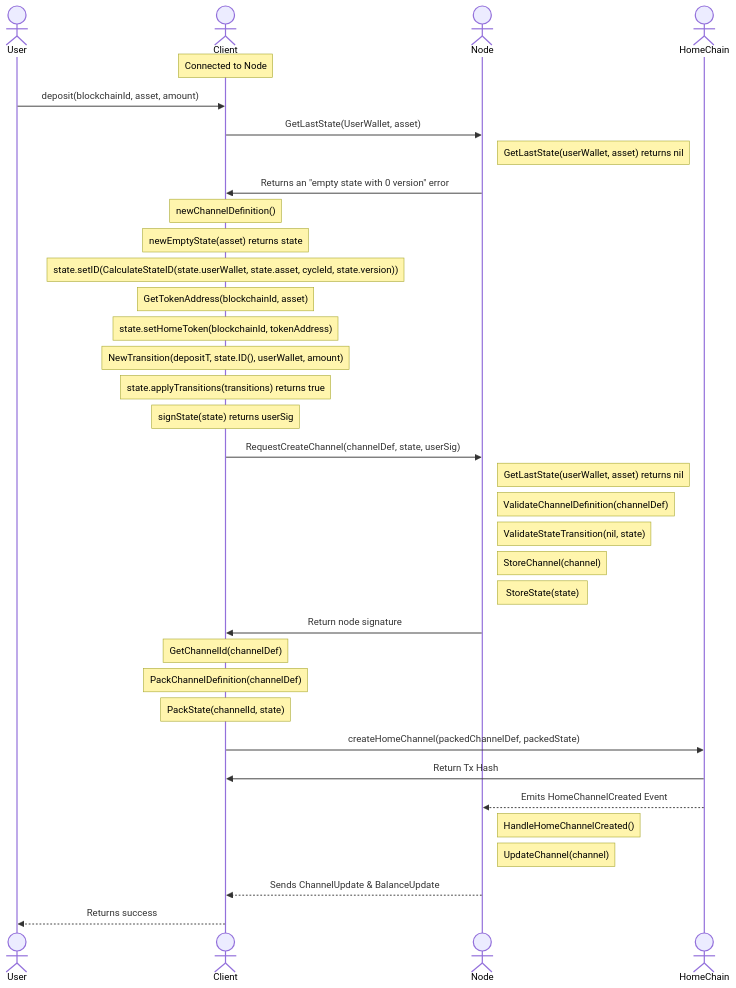
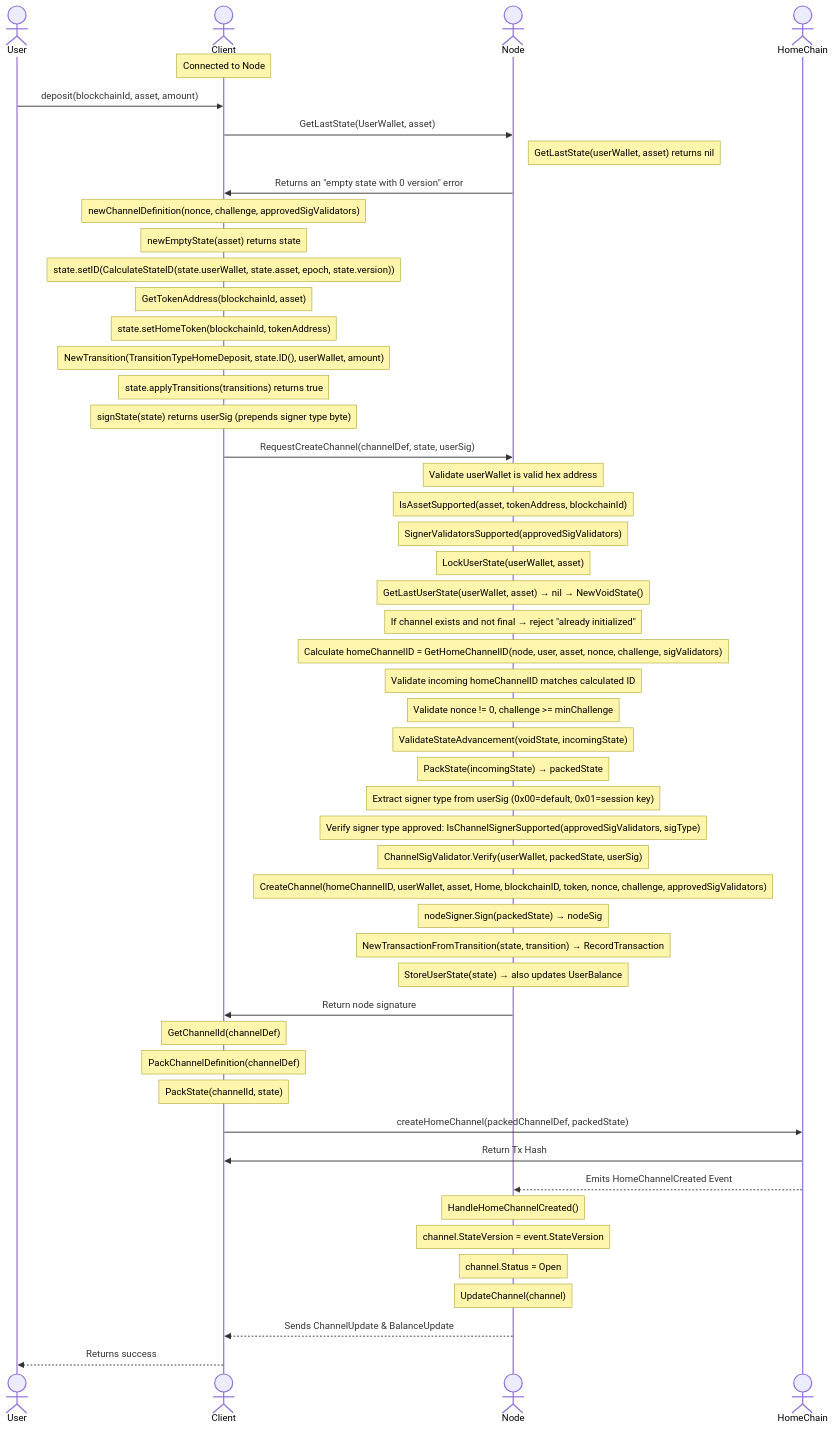
Before and after one commit to erc7824/nitrolite: the diagram in docs/communication_flows/home_chan_creation_from_scratch.mmd, drawn with Mermaid. The commit also changed other lines of this file and 9 other files, not shown here.

First line of the commit message:
YNU-829: Update Data Models and Communication Flows diagrams (#616)

```diff
--- a/docs/communication_flows/home_chan_creation_from_scratch.mmd
+++ b/docs/communication_flows/home_chan_creation_from_scratch.mmd
@@ -1,35 +1,51 @@
 sequenceDiagram
         actor User
         actor Client
         actor Node
         actor HomeChain
         Note over Client: Connected to Node
         User->>Client: deposit(blockchainId, asset, amount)
         Client->>Node: GetLastState(UserWallet, asset)
         Note right of Node: GetLastState(userWallet, asset) returns nil
         Node->>Client: Returns an "empty state with 0 version" error
-        Note over Client: newChannelDefinition()
+        Note over Client: newChannelDefinition(nonce, challenge, approvedSigValidators)
         Note over Client: newEmptyState(asset) returns state
-        Note over Client: state.setID(CalculateStateID(state.userWallet, state.asset, cycleId, state.version))
+        Note over Client: state.setID(CalculateStateID(state.userWallet, state.asset, epoch, state.version))
         Note over Client: GetTokenAddress(blockchainId, asset)
         Note over Client: state.setHomeToken(blockchainId, tokenAddress)
-        Note over Client: NewTransition(depositT, state.ID(), userWallet, amount)
+        Note over Client: NewTransition(TransitionTypeHomeDeposit, state.ID(), userWallet, amount)
         Note over Client: state.applyTransitions(transitions) returns true
-        Note over Client: signState(state) returns userSig
+        Note over Client: signState(state) returns userSig (prepends signer type byte)
+
         Client->>Node: RequestCreateChannel(channelDef, state, userSig)
-        Note right of Node: GetLastState(userWallet, asset) returns nil
-        Note right of Node: ValidateChannelDefinition(channelDef)
-        Note right of Node: ValidateStateTransition(nil, state)
-        Note right of Node: StoreChannel(channel)
-        Note right of Node: StoreState(state)
+        Note over Node: Validate userWallet is valid hex address
+        Note over Node: IsAssetSupported(asset, tokenAddress, blockchainId)
+        Note over Node: SignerValidatorsSupported(approvedSigValidators)
+        Note over Node: LockUserState(userWallet, asset)
+        Note over Node: GetLastUserState(userWallet, asset) → nil → NewVoidState()
+        Note over Node: If channel exists and not final → reject "already initialized"
+        Note over Node: Calculate homeChannelID = GetHomeChannelID(node, user, asset, nonce, challenge, sigValidators)
+        Note over Node: Validate incoming homeChannelID matches calculated ID
+        Note over Node: Validate nonce != 0, challenge >= minChallenge
+        Note over Node: ValidateStateAdvancement(voidState, incomingState)
+        Note over Node: PackState(incomingState) → packedState
+        Note over Node: Extract signer type from userSig (0x00=default, 0x01=session key)
+        Note over Node: Verify signer type approved: IsChannelSignerSupported(approvedSigValidators, sigType)
+        Note over Node: ChannelSigValidator.Verify(userWallet, packedState, userSig)
+        Note over Node: CreateChannel(homeChannelID, userWallet, asset, Home, blockchainID, token, nonce, challenge, approvedSigValidators)
+        Note over Node: nodeSigner.Sign(packedState) → nodeSig
+        Note over Node: NewTransactionFromTransition(state, transition) → RecordTransaction
+        Note over Node: StoreUserState(state) → also updates UserBalance
         Node->>Client: Return node signature
         Note over Client: GetChannelId(channelDef)
         Note over Client: PackChannelDefinition(channelDef)
         Note over Client: PackState(channelId, state)
         Client->>HomeChain: createHomeChannel(packedChannelDef, packedState)
         HomeChain->>Client: Return Tx Hash
         HomeChain-->>Node: Emits HomeChannelCreated Event
-        Note right of Node: HandleHomeChannelCreated()
-        Note right of Node: UpdateChannel(channel)
+        Note over Node: HandleHomeChannelCreated()
+        Note over Node: channel.StateVersion = event.StateVersion
+        Note over Node: channel.Status = Open
+        Note over Node: UpdateChannel(channel)
         Node-->>Client: Sends ChannelUpdate & BalanceUpdate
         Client-->>User: Returns success
```
